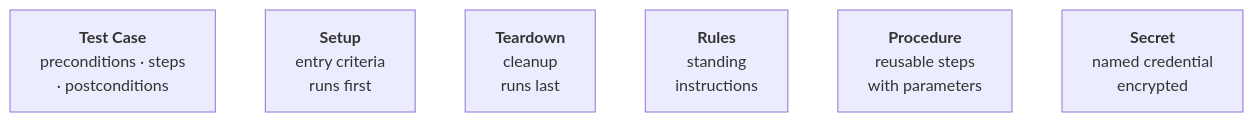
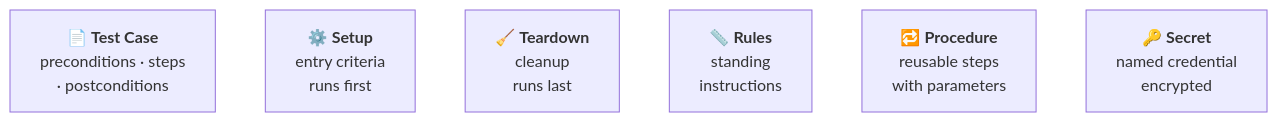
One commit to askui/docs-rewrite changed the diagram in content/docs/writing-tests/index.mdx. Above: the diagram before and after it, drawn with Mermaid.

Commit message:
docs(test-cases): emoji icons in the concept blocks

````diff
--- a/content/docs/writing-tests/index.mdx
+++ b/content/docs/writing-tests/index.mdx
@@ -21,10 +21,10 @@
 ```mermaid
 flowchart LR
-  TC["<b>Test Case</b><br/>preconditions · steps<br/>· postconditions"]
-  SETUP["<b>Setup</b><br/>entry criteria<br/>runs first"]
-  TEARDOWN["<b>Teardown</b><br/>cleanup<br/>runs last"]
-  RULES["<b>Rules</b><br/>standing<br/>instructions"]
-  PROC["<b>Procedure</b><br/>reusable steps<br/>with parameters"]
-  SEC["<b>Secret</b><br/>named credential<br/>encrypted"]
+  TC["📄 <b>Test Case</b><br/>preconditions · steps<br/>· postconditions"]
+  SETUP["⚙️ <b>Setup</b><br/>entry criteria<br/>runs first"]
+  TEARDOWN["🧹 <b>Teardown</b><br/>cleanup<br/>runs last"]
+  RULES["📏 <b>Rules</b><br/>standing<br/>instructions"]
+  PROC["🔁 <b>Procedure</b><br/>reusable steps<br/>with parameters"]
+  SEC["🔑 <b>Secret</b><br/>named credential<br/>encrypted"]
   TC ~~~ SETUP ~~~ TEARDOWN ~~~ RULES ~~~ PROC ~~~ SEC
 ```
````
